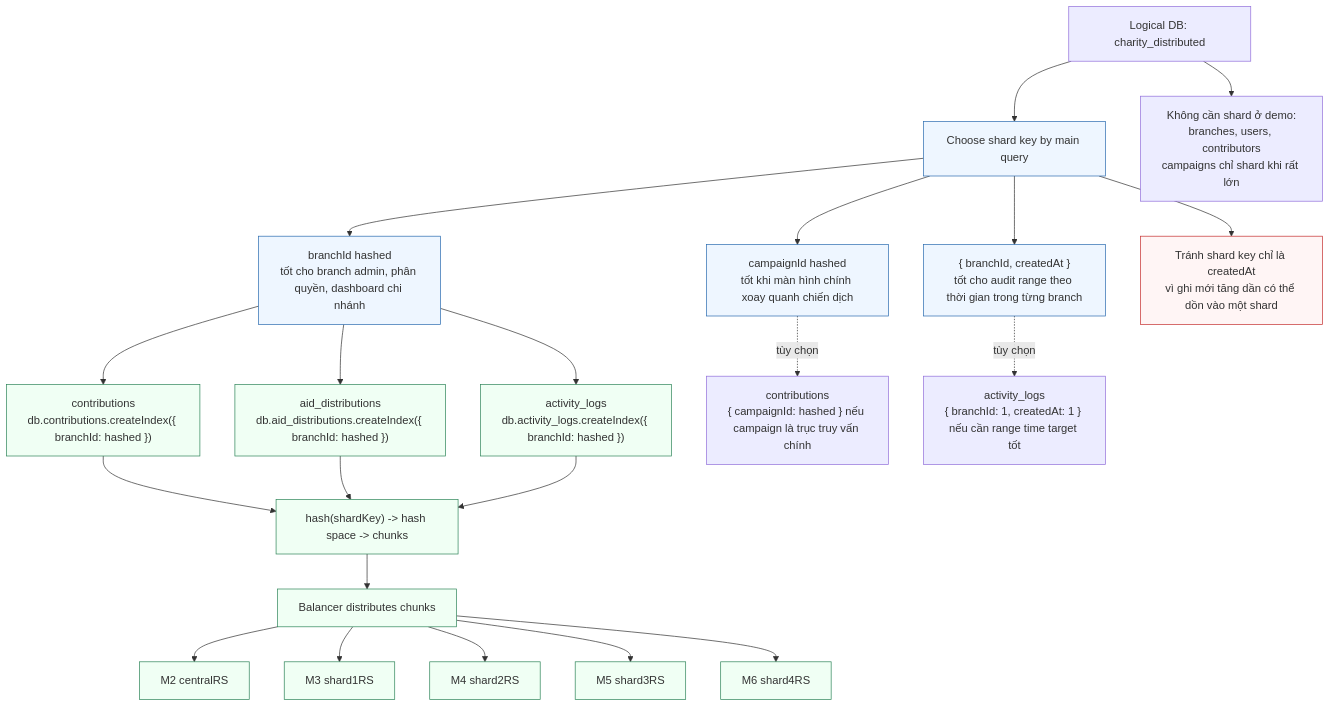
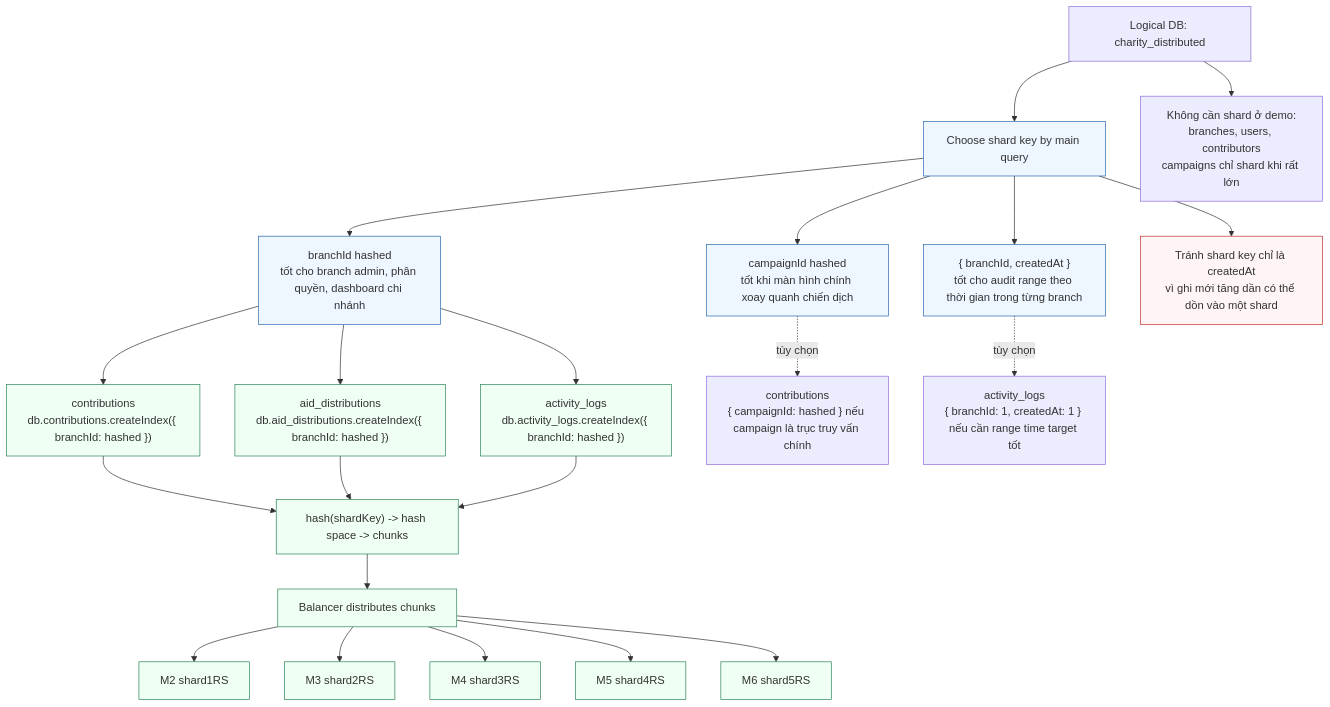
Diagram 13 of 18 in huong-dan/Thiết kế csdl/16-thiet-ke-csdl-mongodb.md (Sagitoaz/CSDLPT), drawn with Mermaid before and after one commit. The commit also changed other lines of this file and 5 other files, not shown here.

````diff
--- a/huong-dan/Thiết kế csdl/16-thiet-ke-csdl-mongodb.md
+++ b/huong-dan/Thiết kế csdl/16-thiet-ke-csdl-mongodb.md
@@ -1225,39 +1225,39 @@
 ```mermaid
 flowchart TB
     db["Logical DB: charity_distributed"] --> choose["Choose shard key by main query"]
 
     choose --> bkey["branchId hashed<br/>tốt cho branch admin, phân quyền, dashboard chi nhánh"]
     choose --> ckey["campaignId hashed<br/>tốt khi màn hình chính xoay quanh chiến dịch"]
     choose --> timekey["{ branchId, createdAt }<br/>tốt cho audit range theo thời gian trong từng branch"]
 
     bkey --> sharded1["contributions<br/>db.contributions.createIndex({ branchId: hashed })"]
     bkey --> sharded2["aid_distributions<br/>db.aid_distributions.createIndex({ branchId: hashed })"]
     bkey --> sharded3["activity_logs<br/>db.activity_logs.createIndex({ branchId: hashed })"]
 
     ckey -. tùy chọn .-> alt1["contributions<br/>{ campaignId: hashed } nếu campaign là trục truy vấn chính"]
     timekey -. tùy chọn .-> alt2["activity_logs<br/>{ branchId: 1, createdAt: 1 } nếu cần range time target tốt"]
 
     sharded1 --> hash["hash(shardKey) -> hash space -> chunks"]
     sharded2 --> hash
     sharded3 --> hash
 
     hash --> balancer["Balancer distributes chunks"]
-    balancer --> m2["M2 centralRS"]
-    balancer --> m3["M3 shard1RS"]
-    balancer --> m4["M4 shard2RS"]
-    balancer --> m5["M5 shard3RS"]
-    balancer --> m6["M6 shard4RS"]
+    balancer --> m2["M2 shard1RS"]
+    balancer --> m3["M3 shard2RS"]
+    balancer --> m4["M4 shard3RS"]
+    balancer --> m5["M5 shard4RS"]
+    balancer --> m6["M6 shard5RS"]
 
     no_shard["Không cần shard ở demo:<br/>branches, users, contributors<br/>campaigns chỉ shard khi rất lớn"]
     db --> no_shard
 
     warning["Tránh shard key chỉ là createdAt<br/>vì ghi mới tăng dần có thể dồn vào một shard"]
     choose --> warning
 
     classDef shard fill:#f0fff4,stroke:#2f855a,stroke-width:1px;
     classDef key fill:#eef6ff,stroke:#2b6cb0,stroke-width:1px;
     classDef warn fill:#fff5f5,stroke:#c53030,stroke-width:1px;
     class bkey,ckey,timekey,key,choose key;
     class sharded1,sharded2,sharded3,hash,balancer,m2,m3,m4,m5,m6 shard;
     class warning warn;
 ```
````
